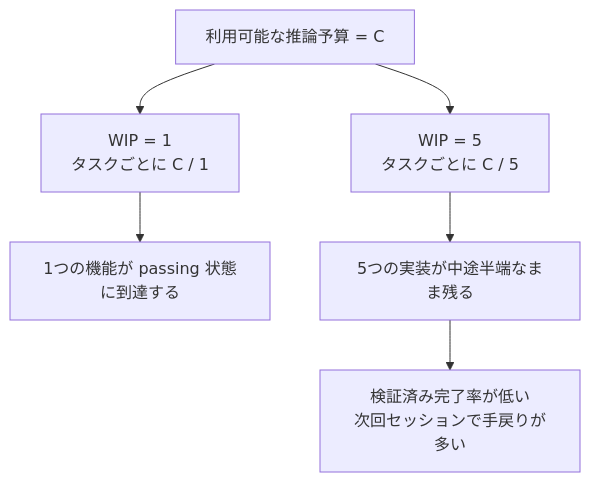
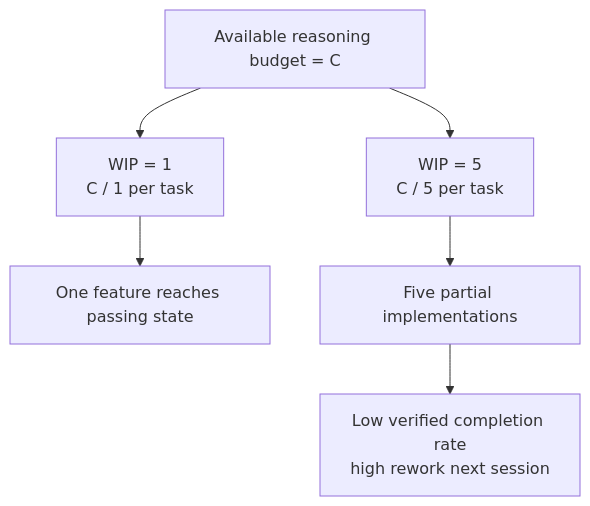
Before and after one commit to mkusaka/learn-harness-engineering: the second of 2 diagrams in docs/en/lectures/lecture-07-why-agents-overreach-and-under-finish/index.md, drawn with Mermaid. The commit also changed other lines of this file and 684 other files, not shown here.

````diff
--- a/docs/en/lectures/lecture-07-why-agents-overreach-and-under-finish/index.md
+++ b/docs/en/lectures/lecture-07-why-agents-overreach-and-under-finish/index.md
@@ -43,9 +43,9 @@
 ```mermaid
 flowchart TB
-    Budget["利用可能な推論予算 = C"] --> One["WIP = 1<br/>タスクごとに C / 1"]
-    Budget --> Many["WIP = 5<br/>タスクごとに C / 5"]
+    Budget["Available reasoning budget = C"] --> One["WIP = 1<br/>C / 1 per task"]
+    Budget --> Many["WIP = 5<br/>C / 5 per task"]
 
-    One --> Finish["1つの機能が passing 状態に到達する"]
-    Many --> Partial["5つの実装が中途半端なまま残る"]
-    Partial --> VCR["検証済み完了率が低い<br/>次回セッションで手戻りが多い"]
+    One --> Finish["One feature reaches passing state"]
+    Many --> Partial["Five partial implementations"]
+    Partial --> VCR["Low verified completion rate<br/>high rework next session"]
 ```
````
